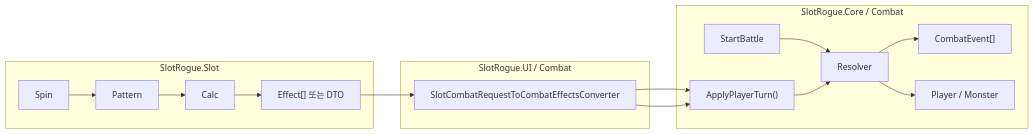
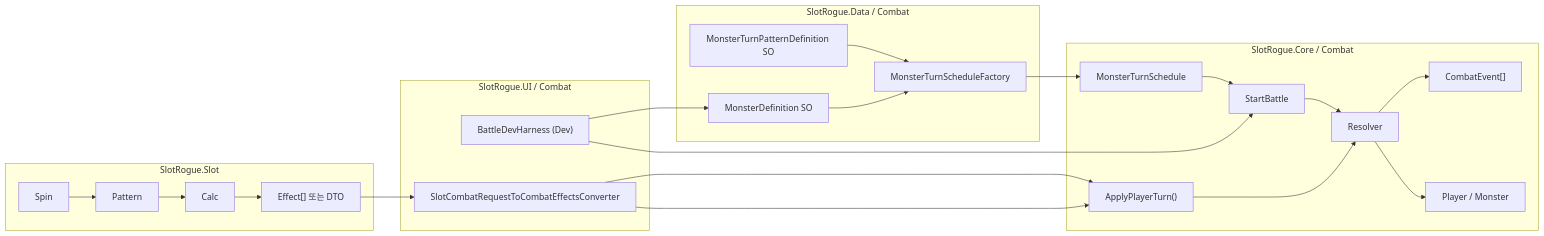
Before and after one commit to YooKyubin/SlotRogue: the fourth of 4 diagrams in docs/design-docs/combat-core.md, drawn with Mermaid. The commit also changed other lines of this file and 34 other files, not shown here.

First line of the commit message:
feat(combat): 몬스터 턴 패턴 SO 및 Factory 도입

````diff
--- a/docs/design-docs/combat-core.md
+++ b/docs/design-docs/combat-core.md
@@ -137,21 +153,35 @@
 ```mermaid
 flowchart LR
     subgraph Slot["SlotRogue.Slot"]
         Spin --> Pattern --> Calc --> Build["Effect[] 또는 DTO"]
     end
 
+    subgraph Data["SlotRogue.Data / Combat"]
+        MonsterSO["MonsterDefinition SO"]
+        PatternSO["MonsterTurnPatternDefinition SO"]
+        Factory["MonsterTurnScheduleFactory"]
+        PatternSO --> Factory
+        MonsterSO --> Factory
+    end
+
     subgraph Integration["SlotRogue.UI / Combat"]
         Adapt["SlotCombatRequestToCombatEffectsConverter"]
+        DevHarness["BattleDevHarness (Dev)"]
     end
 
     subgraph Combat["SlotRogue.Core / Combat"]
+        Schedule["MonsterTurnSchedule"]
         StartBattle --> Resolver
+        Factory --> Schedule
+        Schedule --> StartBattle
         Adapt --> Apply["ApplyPlayerTurn()"]
         Apply --> Resolver
         Resolver --> Events["CombatEvent[]"]
         Resolver --> Participant["Player / Monster"]
     end
 
     Build --> Adapt
     Adapt --> Apply
+    DevHarness --> MonsterSO
+    DevHarness --> StartBattle
 ```
````
